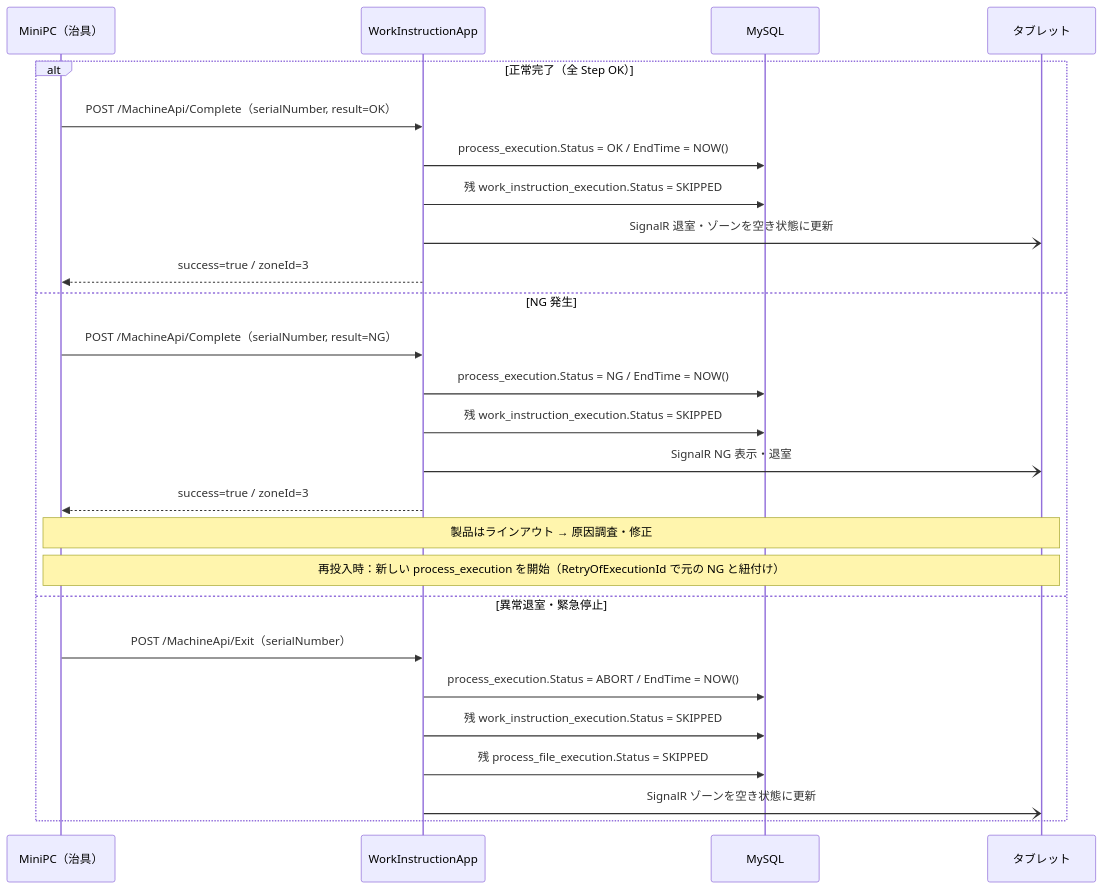
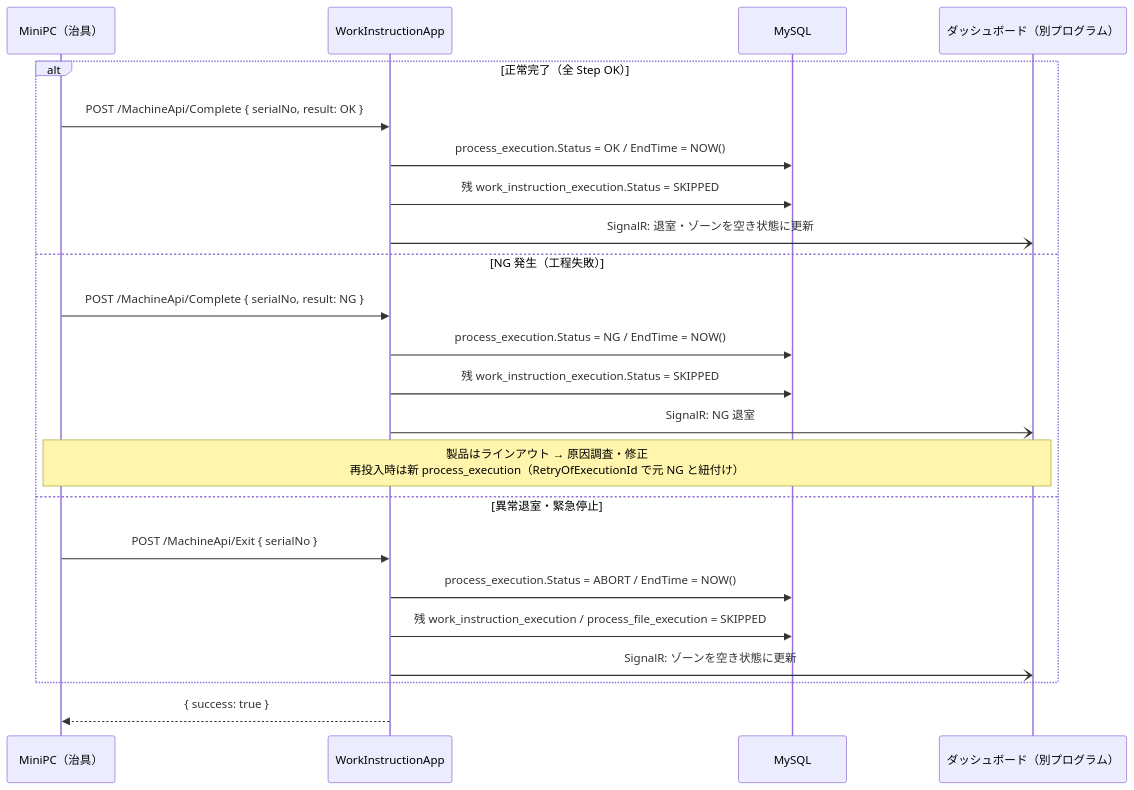
Before and after one commit to namagi14-lab/spica-warranty-design: the sixth of 9 diagrams in docs/07_system_design.md, drawn with Mermaid. The commit also changed other lines of this file, not shown here.

````diff
--- a/docs/07_system_design.md
+++ b/docs/07_system_design.md
@@ -261,31 +256,29 @@
 ```mermaid
 sequenceDiagram
     participant MiniPC as MiniPC（治具）
     participant App as WorkInstructionApp
     participant DB as MySQL
-    participant Tablet as タブレット
+    participant Dash as ダッシュボード（別プログラム）
 
     alt 正常完了（全 Step OK）
-        MiniPC->>App: POST /MachineApi/Complete（serialNumber, result=OK）
+        MiniPC->>App: POST /MachineApi/Complete { serialNo, result: OK }
         App->>DB: process_execution.Status = OK / EndTime = NOW()
         App->>DB: 残 work_instruction_execution.Status = SKIPPED
-        App-)Tablet: SignalR 退室・ゾーンを空き状態に更新
-        App-->>MiniPC: success=true / zoneId=3
+        App-)Dash: SignalR: 退室・ゾーンを空き状態に更新
 
-    else NG 発生
-        MiniPC->>App: POST /MachineApi/Complete（serialNumber, result=NG）
+    else NG 発生（工程失敗）
+        MiniPC->>App: POST /MachineApi/Complete { serialNo, result: NG }
         App->>DB: process_execution.Status = NG / EndTime = NOW()
         App->>DB: 残 work_instruction_execution.Status = SKIPPED
-        App-)Tablet: SignalR NG 表示・退室
-        App-->>MiniPC: success=true / zoneId=3
-        Note over MiniPC,Tablet: 製品はラインアウト → 原因調査・修正
-        Note over MiniPC,Tablet: 再投入時：新しい process_execution を開始（RetryOfExecutionId で元の NG と紐付け）
+        App-)Dash: SignalR: NG 退室
+        Note over MiniPC,Dash: 製品はラインアウト → 原因調査・修正<br/>再投入時は新 process_execution（RetryOfExecutionId で元 NG と紐付け）
 
     else 異常退室・緊急停止
-        MiniPC->>App: POST /MachineApi/Exit（serialNumber）
+        MiniPC->>App: POST /MachineApi/Exit { serialNo }
         App->>DB: process_execution.Status = ABORT / EndTime = NOW()
-        App->>DB: 残 work_instruction_execution.Status = SKIPPED
-        App->>DB: 残 process_file_execution.Status = SKIPPED
-        App-)Tablet: SignalR ゾーンを空き状態に更新
+        App->>DB: 残 work_instruction_execution / process_file_execution = SKIPPED
+        App-)Dash: SignalR: ゾーンを空き状態に更新
     end
+
+    App-->>MiniPC: { success: true }
 ```
````
